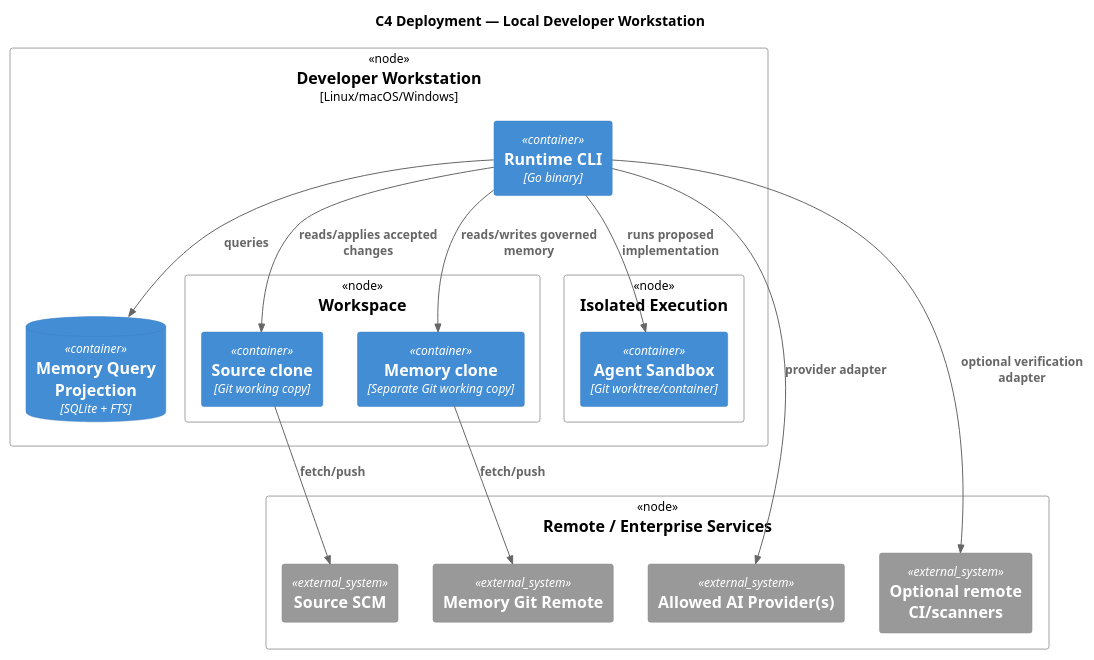
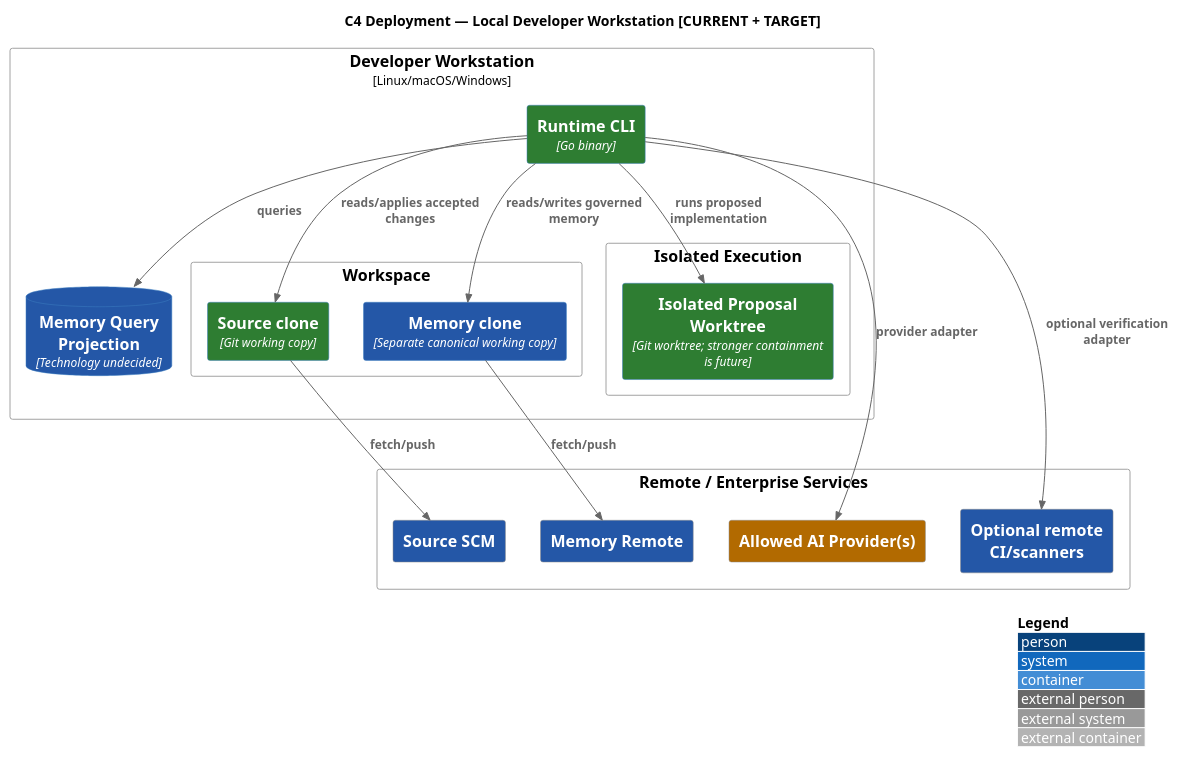
Before and after one commit to Eu-Pedro0ficial/praetor: the diagram in docs/architecture/src/docs/arc42/diagrams/c4-deployment-local.puml, drawn with PlantUML. The commit also changed 55 other files, not shown here.

Commit message:
docs: reconcile roadmap v2 and architecture traceability

```diff
--- a/docs/architecture/src/docs/arc42/diagrams/c4-deployment-local.puml
+++ b/docs/architecture/src/docs/arc42/diagrams/c4-deployment-local.puml
@@ -1,29 +1,33 @@
 @startuml
 !include <C4/C4_Deployment>
-title C4 Deployment — Local Developer Workstation
+AddElementTag("AS-IS", $bgColor="#2E7D32", $fontColor="#FFFFFF", $legendText="AS-IS")
+AddElementTag("PARTIAL", $bgColor="#B26A00", $fontColor="#FFFFFF", $legendText="PARTIAL")
+AddElementTag("TARGET", $bgColor="#2457A7", $fontColor="#FFFFFF", $legendText="TARGET")
+LAYOUT_WITH_LEGEND()
+title C4 Deployment — Local Developer Workstation [CURRENT + TARGET]
 Deployment_Node(dev, "Developer Workstation", "Linux/macOS/Windows") {
-  Container(cli, "Runtime CLI", "Go binary")
-  ContainerDb(index, "Memory Query Projection", "SQLite + FTS")
+  Container(cli, "Runtime CLI", "Go binary", $tags="AS-IS")
+  ContainerDb(index, "Memory Query Projection", "Technology undecided", $tags="TARGET")
   Deployment_Node(workspace, "Workspace") {
-    Container(srcLocal, "Source clone", "Git working copy")
-    Container(memLocal, "Memory clone", "Separate Git working copy")
+    Container(srcLocal, "Source clone", "Git working copy", $tags="AS-IS")
+    Container(memLocal, "Memory clone", "Separate canonical working copy", $tags="TARGET")
   }
   Deployment_Node(isolated, "Isolated Execution") {
-    Container(sandbox, "Agent Sandbox", "Git worktree/container")
+    Container(sandbox, "Isolated Proposal Worktree", "Git worktree; stronger containment is future", $tags="AS-IS")
   }
 }
 Deployment_Node(remote, "Remote / Enterprise Services") {
-  System_Ext(srcRemote, "Source SCM")
-  System_Ext(memRemote, "Memory Git Remote")
-  System_Ext(ai, "Allowed AI Provider(s)")
-  System_Ext(tools, "Optional remote CI/scanners")
+  System_Ext(srcRemote, "Source SCM", $tags="TARGET")
+  System_Ext(memRemote, "Memory Remote", $tags="TARGET")
+  System_Ext(ai, "Allowed AI Provider(s)", $tags="PARTIAL")
+  System_Ext(tools, "Optional remote CI/scanners", $tags="TARGET")
 }
 Rel(cli, index, "queries")
 Rel(cli, srcLocal, "reads/applies accepted changes")
 Rel(cli, memLocal, "reads/writes governed memory")
 Rel(cli, sandbox, "runs proposed implementation")
 Rel(srcLocal, srcRemote, "fetch/push")
 Rel(memLocal, memRemote, "fetch/push")
 Rel(cli, ai, "provider adapter")
 Rel(cli, tools, "optional verification adapter")
 @enduml
```
